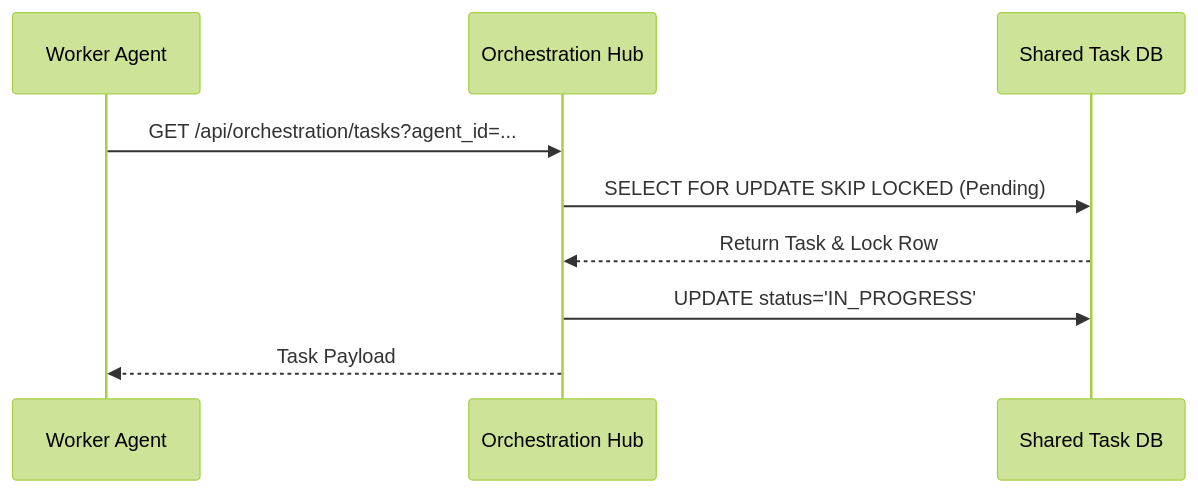
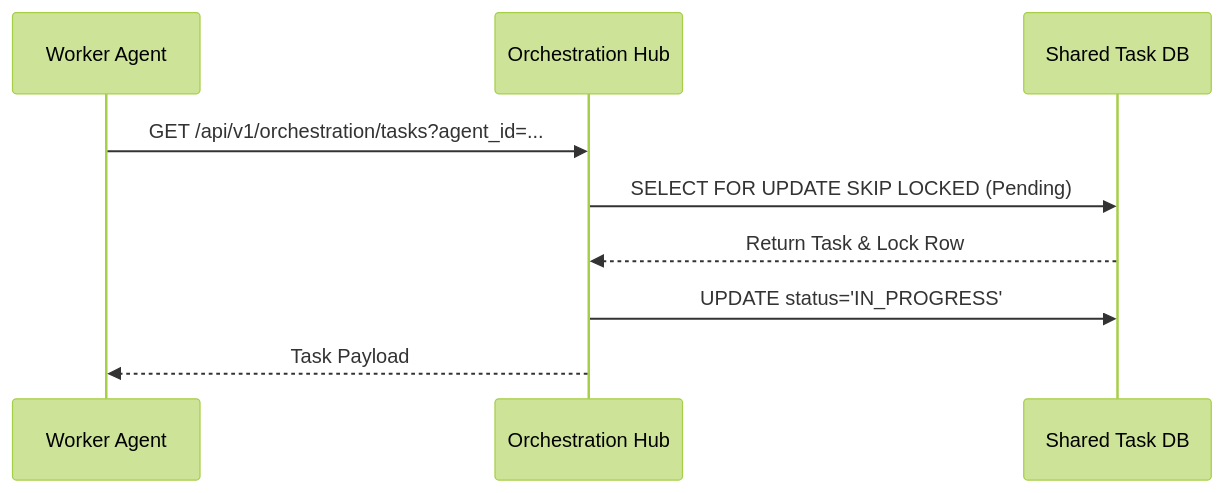
The second of 5 diagrams in docs/technical/walkthroughs/kairos_interactive_api_playbook.md (omnisolo-llc/onehumancorp), drawn with Mermaid (forest theme) before and after one commit. The commit also changed other lines of this file and 584 other files, not shown here.

````diff
--- a/docs/technical/walkthroughs/kairos_interactive_api_playbook.md
+++ b/docs/technical/walkthroughs/kairos_interactive_api_playbook.md
@@ -60,12 +60,12 @@
 ```mermaid
 sequenceDiagram
     participant Agent as Worker Agent
     participant Hub as Orchestration Hub
     participant DB as Shared Task DB
 
-    Agent->>Hub: GET /api/orchestration/tasks?agent_id=...
+    Agent->>Hub: GET /api/v1/orchestration/tasks?agent_id=...
     Hub->>DB: SELECT FOR UPDATE SKIP LOCKED (Pending)
     DB-->>Hub: Return Task & Lock Row
     Hub->>DB: UPDATE status='IN_PROGRESS'
     Hub-->>Agent: Task Payload
 ```
````
